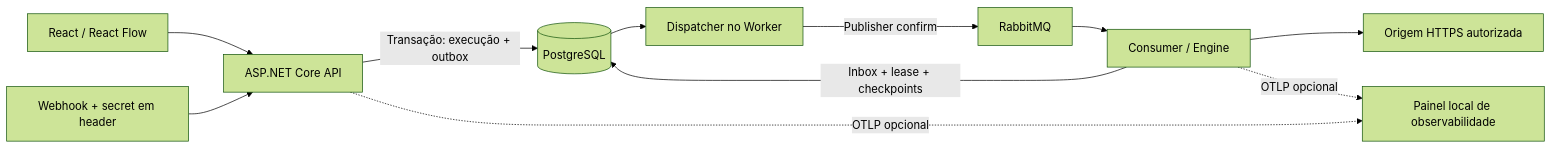
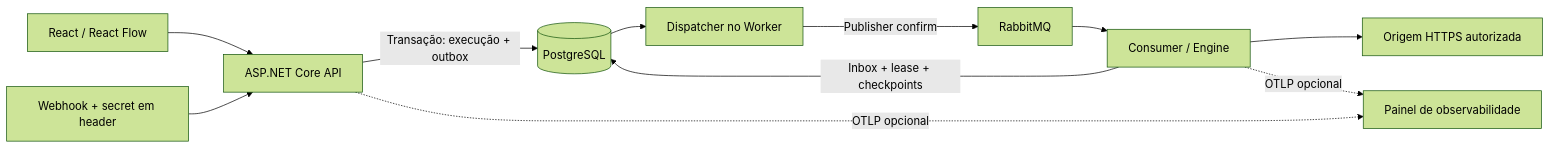
One commit to gabxw/flowforge changed the first of 2 diagrams in README.md. Above: the diagram before and after it, drawn with Mermaid (forest theme). The commit also changed other lines of this file and 11 other files, not shown here.

```diff
--- a/README.md
+++ b/README.md
@@ -28,13 +32,13 @@
 ~~~mermaid
 flowchart LR
     UI[React / React Flow] --> API[ASP.NET Core API]
     Hook[Webhook + secret em header] --> API
     API -->|Transação: execução + outbox| DB[(PostgreSQL)]
     DB --> Dispatcher[Dispatcher no Worker]
     Dispatcher -->|Publisher confirm| MQ[RabbitMQ]
     MQ --> Consumer[Consumer / Engine]
     Consumer -->|Inbox + lease + checkpoints| DB
     Consumer --> HTTP[Origem HTTPS autorizada]
-    API -. OTLP opcional .-> OTEL[Painel local de observabilidade]
+    API -. OTLP opcional .-> OTEL[Painel de observabilidade]
     Consumer -. OTLP opcional .-> OTEL
 ~~~
```
